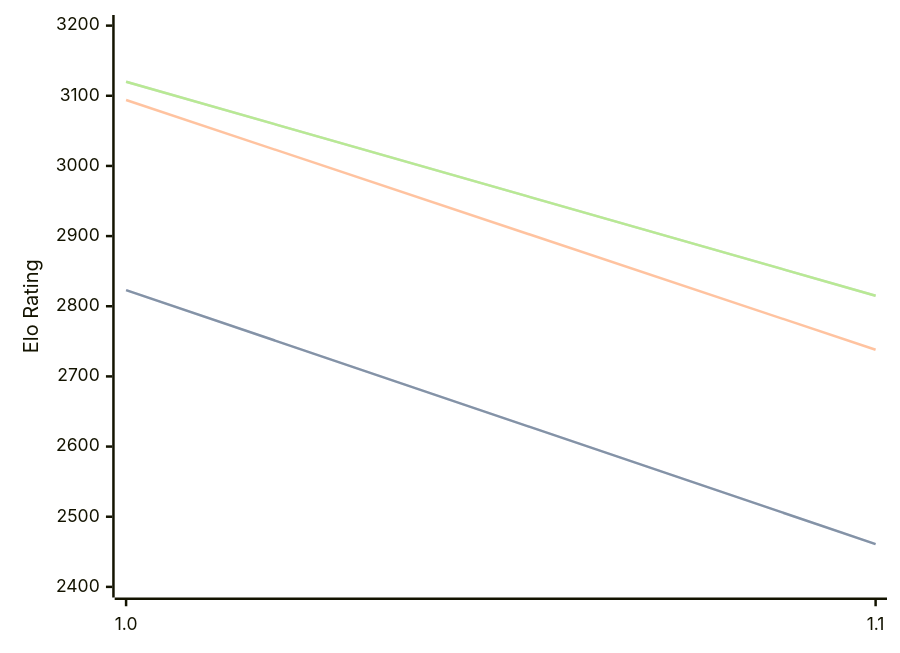
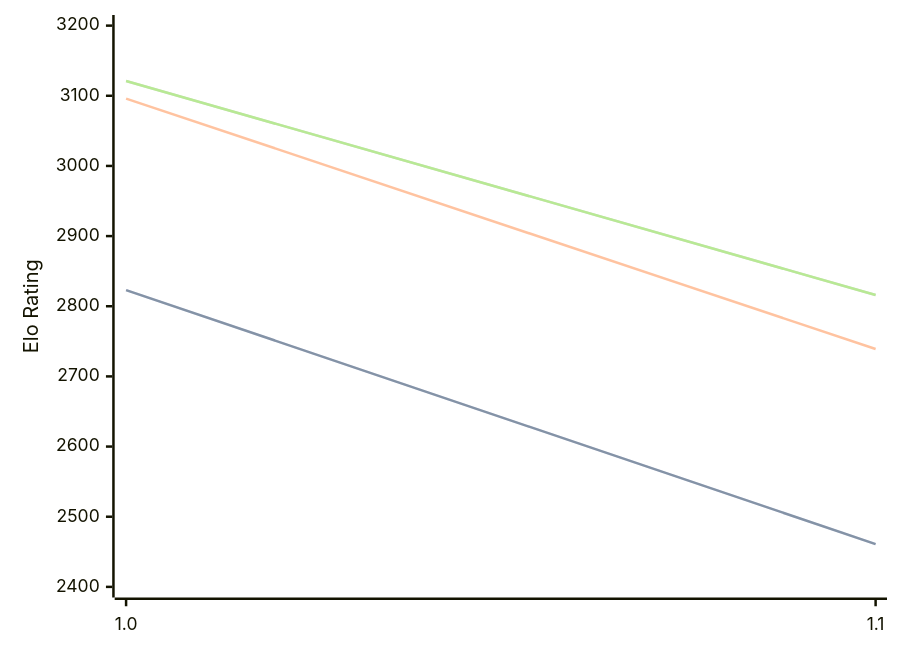
One commit to computer-chess-index/cci changed the diagram in engines/Publius.md. Above: the diagram before and after it, drawn with Mermaid. The commit also changed other lines of this file, not shown here.

Commit message:
Update CCI Ratings (ELO VLTC) - 2026-07-20

````diff
--- a/engines/Publius.md
+++ b/engines/Publius.md
@@ -32,11 +32,11 @@
 ```mermaid
 %%{init: {"theme":"base","themeVariables":{"seriesColors:['#a3a3a3','#222221','#faa371']}}}%%
 xychart-beta
   x-axis ["1.0", "1.1"]
   y-axis "Elo Rating" 2400 --> 3200
   line "STC (8.0+0.08s)" [2823, 2461]
   line "STC (8.0+0.08s)" [2823, 2461]
-  line "LTC (60.0+0.60s)" [3094, 2738]
-  line "VLTC (2m24s+1.12s)" [3120, 2815]
-  line "VLTC (2m24s+1.12s)" [3120, 2815]
+  line "LTC (60.0+0.60s)" [3096, 2739]
+  line "VLTC (2m24s+1.12s)" [3121, 2816]
+  line "VLTC (2m24s+1.12s)" [3121, 2816]
 ```
````
